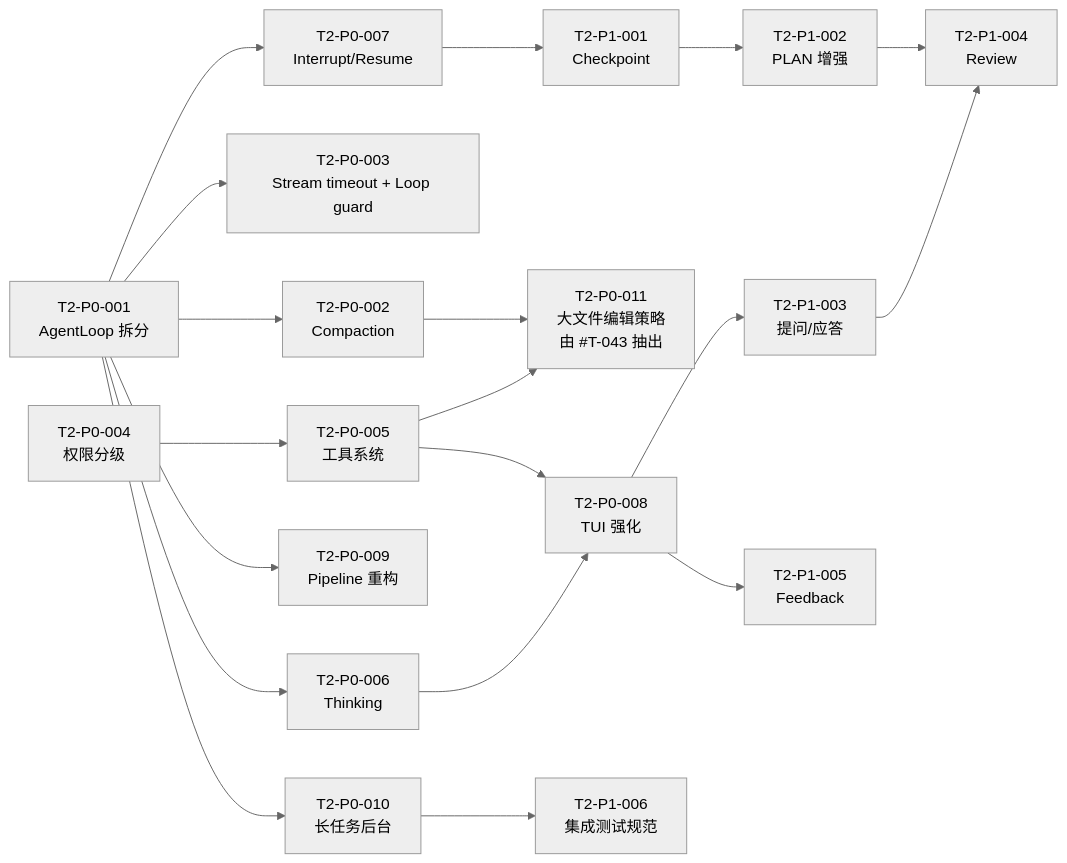
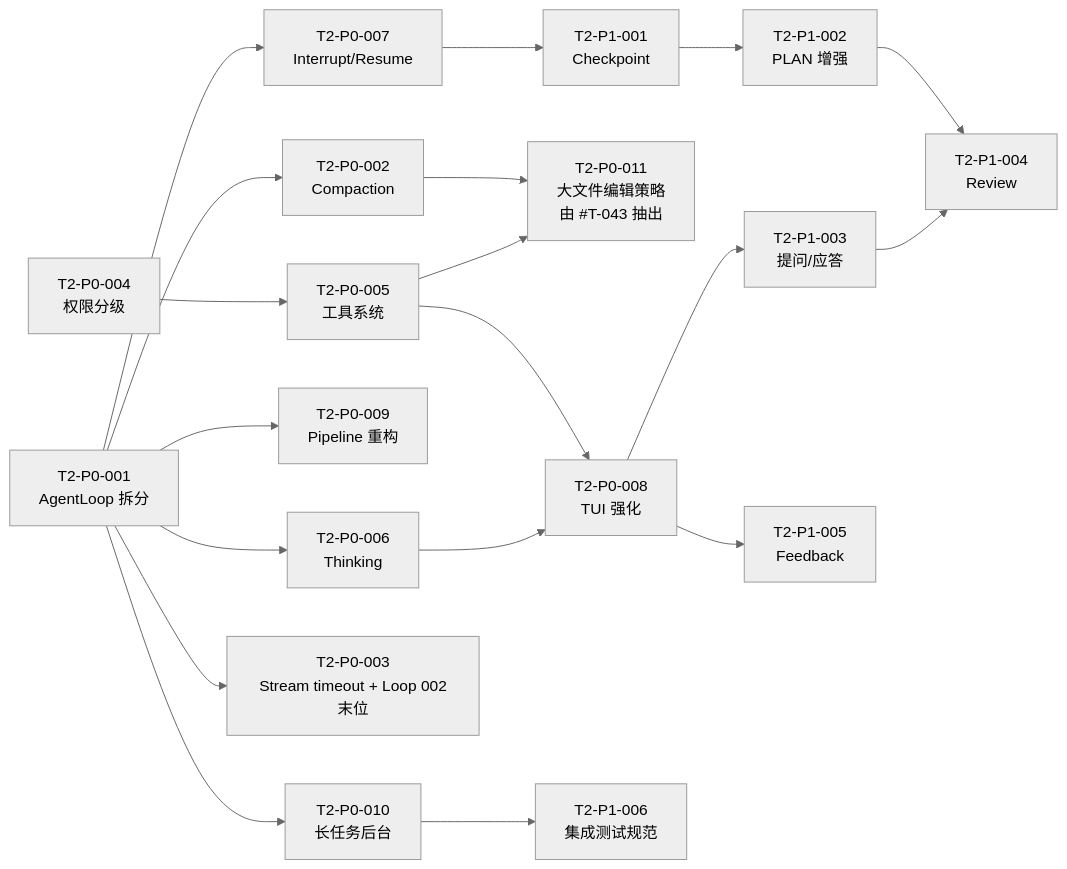
One commit to teisun/tomcat-agent changed the diagram in pi-rust-wasm/agents/TASK_BOARD_002.md. Above: the diagram before and after it, drawn with Mermaid (neutral theme). The commit also changed other lines of this file and 53 other files, not shown here.

````diff
--- a/pi-rust-wasm/agents/TASK_BOARD_002.md
+++ b/pi-rust-wasm/agents/TASK_BOARD_002.md
@@ -725,21 +728,21 @@
 ```mermaid
 flowchart LR
     P001[T2-P0-001<br/>AgentLoop 拆分] --> P002[T2-P0-002<br/>Compaction]
-    P001 --> P003[T2-P0-003<br/>Stream timeout + Loop guard]
     P001 --> P006[T2-P0-006<br/>Thinking]
     P001 --> P007[T2-P0-007<br/>Interrupt/Resume]
     P001 --> P009[T2-P0-009<br/>Pipeline 重构]
     P001 --> P010[T2-P0-010<br/>长任务后台]
+    P001 --> P003[T2-P0-003<br/>Stream timeout + Loop 002末位]
     P004[T2-P0-004<br/>权限分级] --> P005[T2-P0-005<br/>工具系统]
     P005 --> P008[T2-P0-008<br/>TUI 强化]
     P006 --> P008
     P002 --> P011[T2-P0-011<br/>大文件编辑策略<br/>由 #T-043 抽出]
     P005 --> P011
     P007 --> P101[T2-P1-001<br/>Checkpoint]
     P101 --> P102[T2-P1-002<br/>PLAN 增强]
     P008 --> P103[T2-P1-003<br/>提问/应答]
     P102 --> P104[T2-P1-004<br/>Review]
     P103 --> P104
     P008 --> P105[T2-P1-005<br/>Feedback]
     P010 --> P106[T2-P1-006<br/>集成测试规范]
 ```
````
